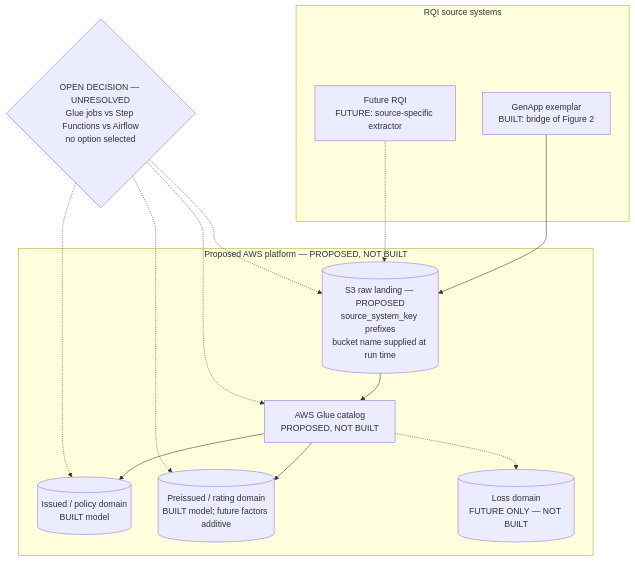
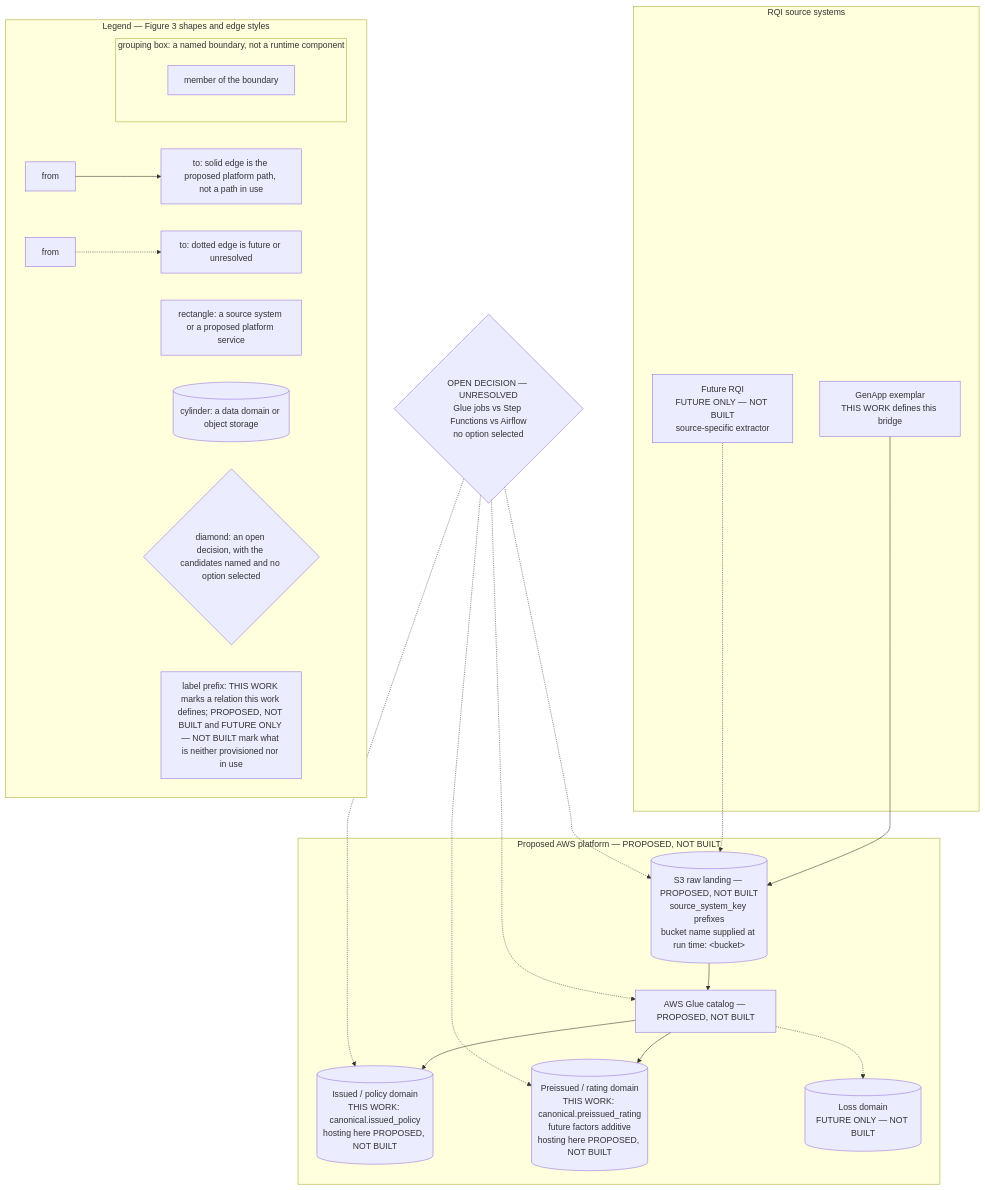
The third of 5 diagrams in modernization/docs/architecture.md (blitzy-public-samples/cics-genapp-cobrix), drawn with Mermaid before and after one commit. The commit also changed other lines of this file and 14 other files, not shown here.

````diff
--- a/modernization/docs/architecture.md
+++ b/modernization/docs/architecture.md
@@ -141,28 +215,41 @@
 ```mermaid
 flowchart TD
     subgraph SOURCES["RQI source systems"]
-        GEN["GenApp exemplar<br/>BUILT: bridge of Figure 2"]
-        FUTURE["Future RQI<br/>FUTURE: source-specific extractor"]
+        GEN["GenApp exemplar<br/>THIS WORK defines this bridge"]
+        FUTURE["Future RQI<br/>FUTURE ONLY — NOT BUILT<br/>source-specific extractor"]
     end
 
     subgraph AWS["Proposed AWS platform — PROPOSED, NOT BUILT"]
-        S3P[("S3 raw landing — PROPOSED<br/>source_system_key prefixes<br/>bucket name supplied at run time")]
-        GLUE["AWS Glue catalog<br/>PROPOSED, NOT BUILT"]
-        IPD[("Issued / policy domain<br/>BUILT model")]
-        PRD[("Preissued / rating domain<br/>BUILT model; future factors additive")]
+        S3P[("S3 raw landing — PROPOSED, NOT BUILT<br/>source_system_key prefixes<br/>bucket name supplied at run time: &lt;bucket&gt;")]
+        GLUE["AWS Glue catalog — PROPOSED, NOT BUILT"]
+        IPD[("Issued / policy domain<br/>THIS WORK: canonical.issued_policy<br/>hosting here PROPOSED, NOT BUILT")]
+        PRD[("Preissued / rating domain<br/>THIS WORK: canonical.preissued_rating<br/>future factors additive<br/>hosting here PROPOSED, NOT BUILT")]
         LOSSD[("Loss domain<br/>FUTURE ONLY — NOT BUILT")]
     end
 
     ORCH{"OPEN DECISION — UNRESOLVED<br/>Glue jobs vs Step Functions vs Airflow<br/>no option selected"}
 
     GEN --> S3P
     FUTURE -.-> S3P
     S3P --> GLUE
     GLUE --> IPD
     GLUE --> PRD
     GLUE -.-> LOSSD
     ORCH -.-> S3P
     ORCH -.-> GLUE
     ORCH -.-> IPD
     ORCH -.-> PRD
+
+    subgraph LEGEND3["Legend — Figure 3 shapes and edge styles"]
+        direction LR
+        L3A["rectangle: a source system or a proposed platform service"]
+        L3B[("cylinder: a data domain or object storage")]
+        L3C{"diamond: an open decision, with the candidates named and no option selected"}
+        L3D["from"] --> L3E["to: solid edge is the proposed platform path, not a path in use"]
+        L3F["from"] -.-> L3G["to: dotted edge is future or unresolved"]
+        L3H["label prefix: THIS WORK marks a relation this work defines; PROPOSED, NOT BUILT and FUTURE ONLY — NOT BUILT mark what is neither provisioned nor in use"]
+        subgraph L3BOX["grouping box: a named boundary, not a runtime component"]
+            L3I["member of the boundary"]
+        end
+    end
 ```
````
